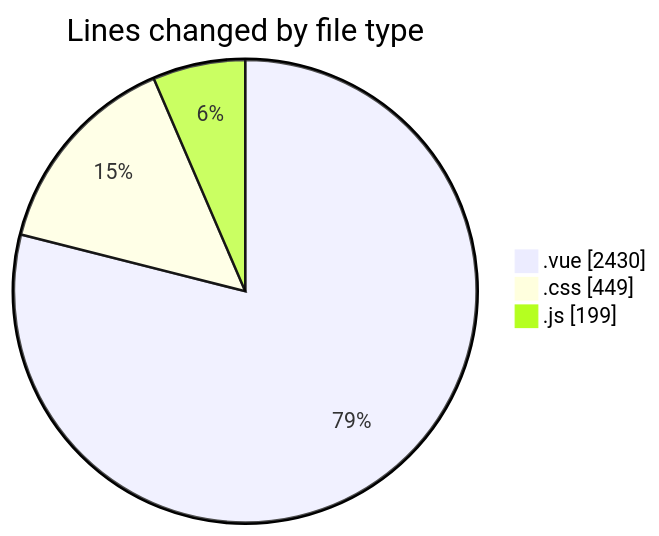
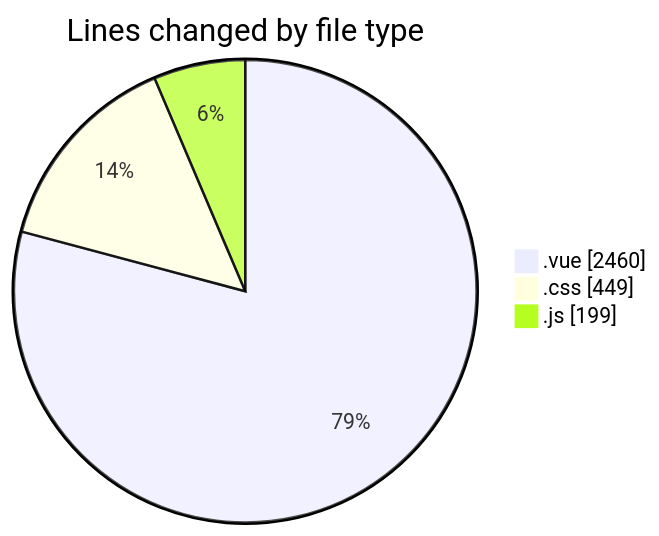
One commit to lephambinh05/code-tracking changed the first of 2 diagrams in 2025-08-10/rentotp/README.md. Above: the diagram before and after it, drawn with Mermaid. The commit also changed other lines of this file and 1 other file, not shown here.

````diff
--- a/2025-08-10/rentotp/README.md
+++ b/2025-08-10/rentotp/README.md
@@ -25,7 +25,7 @@
 ```mermaid
 pie showData
 title Lines changed by file type
-".vue" : 2430
+".vue" : 2460
 ".css" : 449
 ".js" : 199
 ```
````
